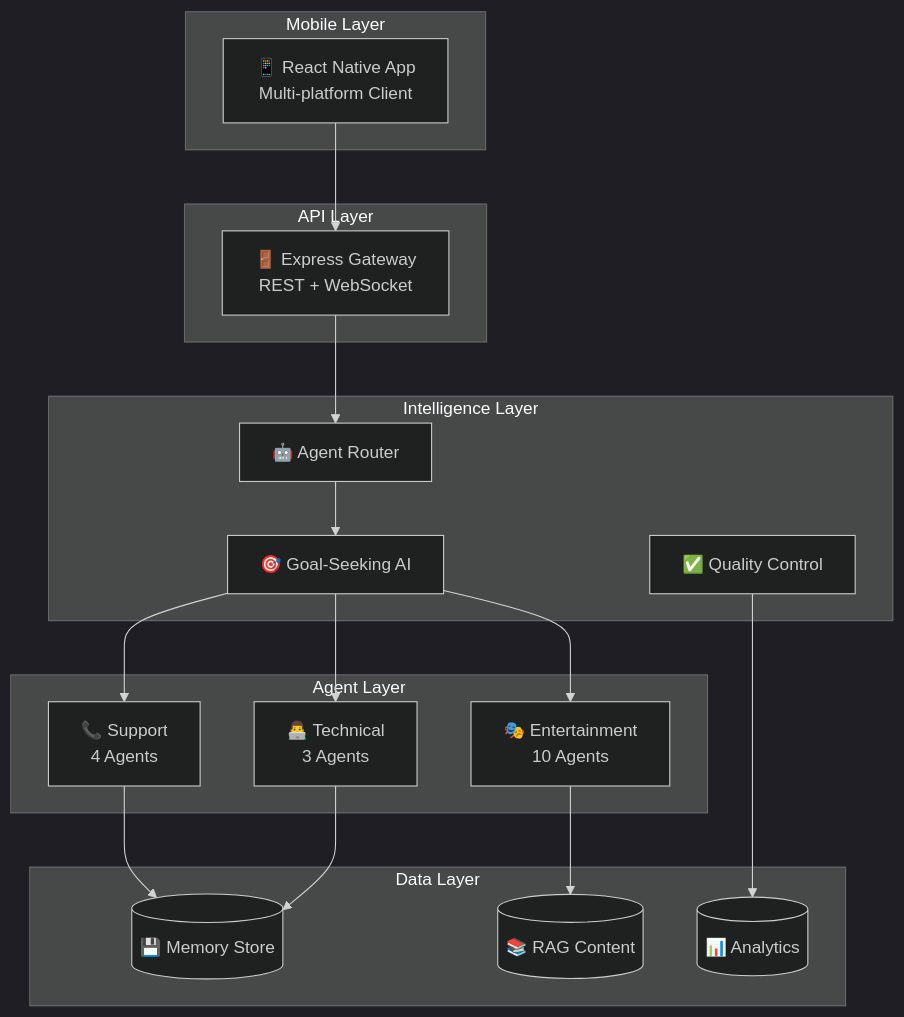
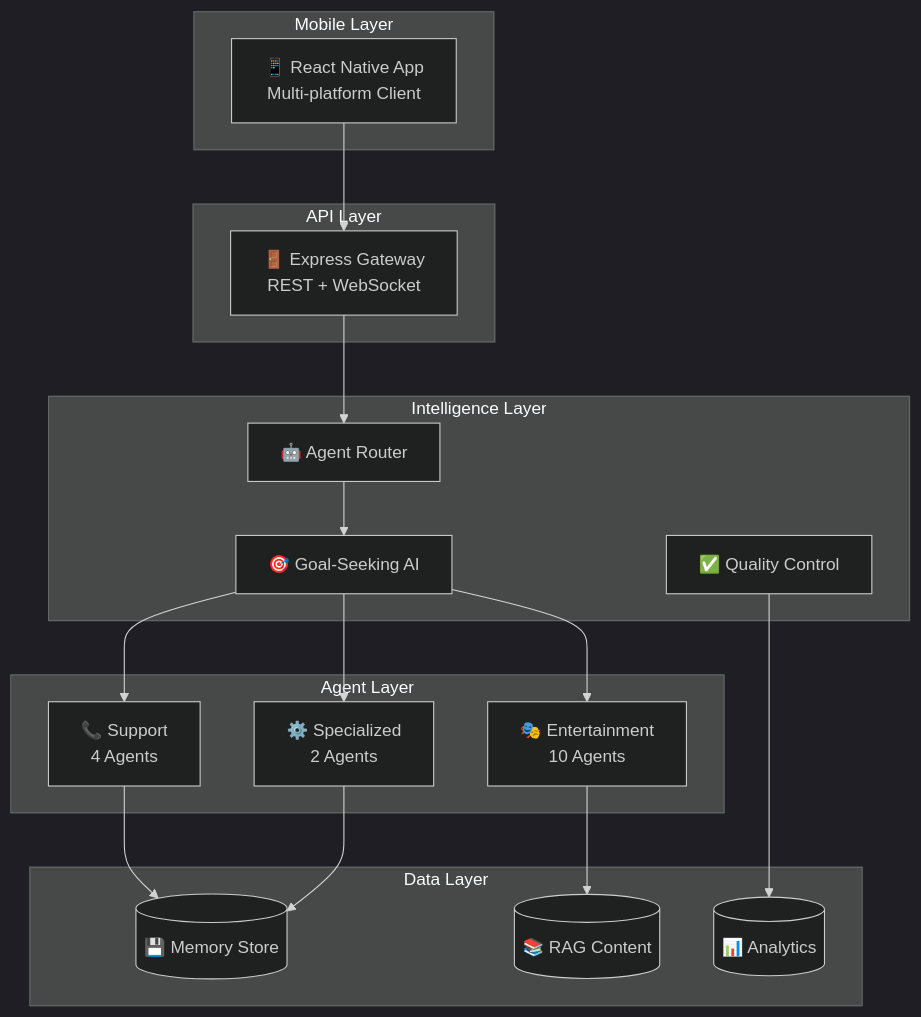
One commit to ianlintner/Example-React-AI-Chat-App changed the diagram in README.md. Above: the diagram before and after it, drawn with Mermaid (dark theme). The commit also changed other lines of this file and 16 other files, not shown here.

````diff
--- a/README.md
+++ b/README.md
@@ -131,39 +130,39 @@
 ```mermaid
 graph TB
     subgraph "Mobile Layer"
         Mobile[📱 React Native App<br/>Multi-platform Client]
     end
     
     subgraph "API Layer"
         Gateway[🚪 Express Gateway<br/>REST + WebSocket]
     end
     
     subgraph "Intelligence Layer"
         AgentRouter[🤖 Agent Router]
         GoalSeeker[🎯 Goal-Seeking AI]
         Validator[✅ Quality Control]
     end
     
     subgraph "Agent Layer"
         Entertainment[🎭 Entertainment<br/>10 Agents]
         Support[📞 Support<br/>4 Agents]
-        Technical[👨‍💻 Technical<br/>3 Agents]
+        Specialized[⚙️ Specialized<br/>2 Agents]
     end
     
     subgraph "Data Layer"
         Memory[(💾 Memory Store)]
         RAG[(📚 RAG Content)]
         Metrics[(📊 Analytics)]
     end
     
     Mobile --> Gateway
     Gateway --> AgentRouter
     AgentRouter --> GoalSeeker
     GoalSeeker --> Entertainment
     GoalSeeker --> Support
-    GoalSeeker --> Technical
+    GoalSeeker --> Specialized
     Entertainment --> RAG
     Support --> Memory
-    Technical --> Memory
+    Specialized --> Memory
     Validator --> Metrics
 ```
````
